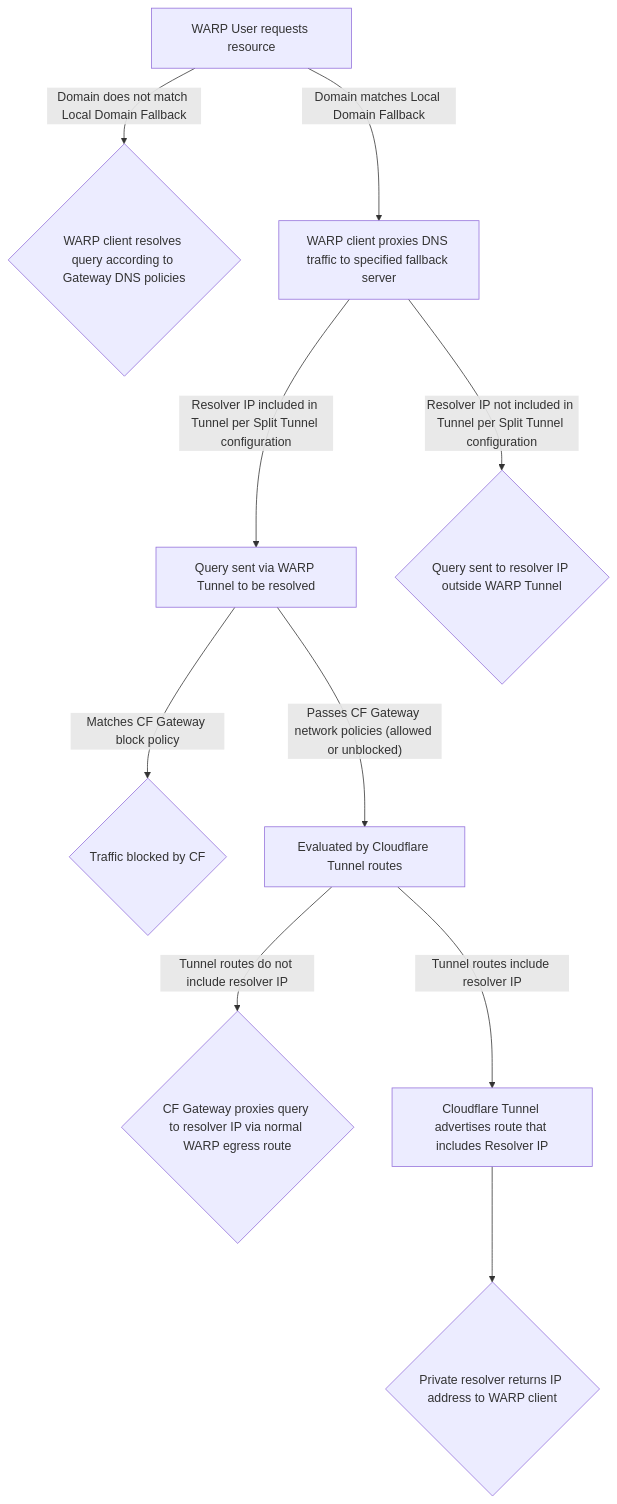
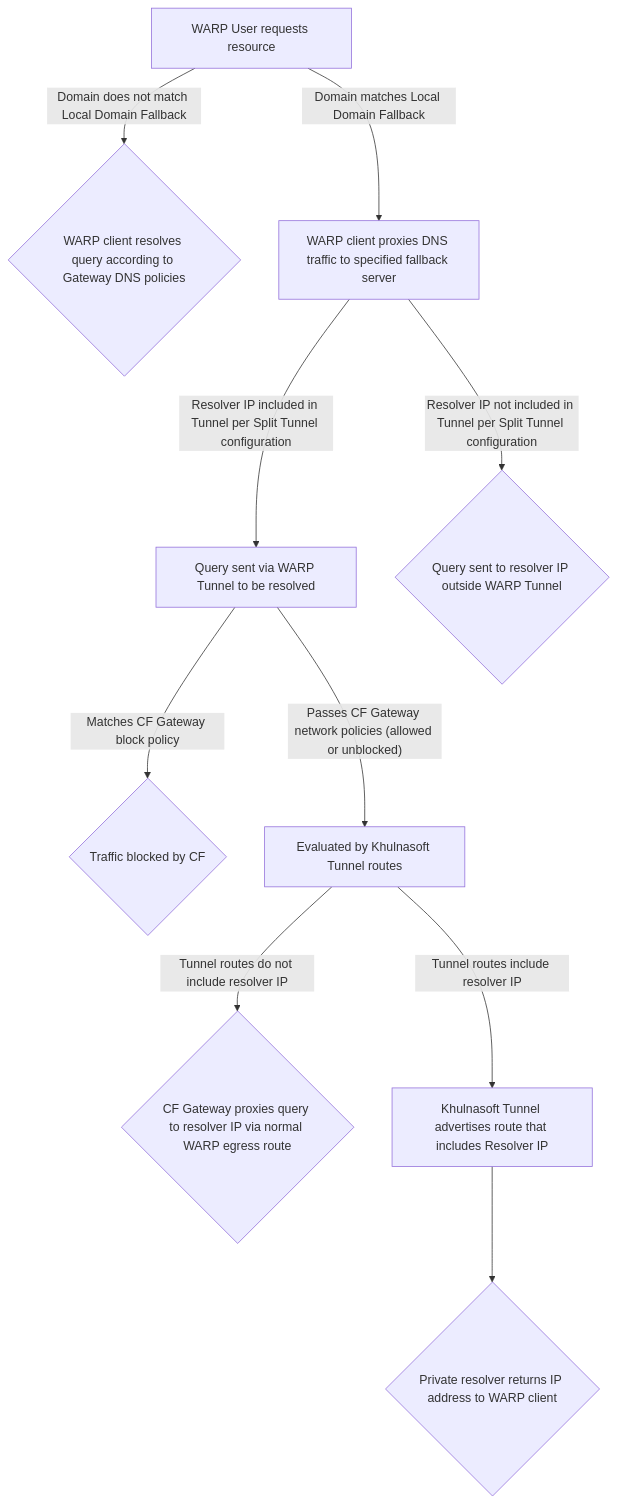
Before and after one commit to NxPKG/khulnasoft-docs: the diagram in content/cloudflare-one/connections/connect-devices/warp/configure-warp/route-traffic/_index.md, drawn with Mermaid. The commit also changed other lines of this file and 2914 other files, not shown here.

````diff
--- a/content/cloudflare-one/connections/connect-devices/warp/configure-warp/route-traffic/_index.md
+++ b/content/cloudflare-one/connections/connect-devices/warp/configure-warp/route-traffic/_index.md
@@ -35,13 +35,13 @@
 ```mermaid
 flowchart TD
-accTitle: WARP traffic is evaluated and routed through various parts of the Cloudflare network
+accTitle: WARP traffic is evaluated and routed through various parts of the Khulnasoft network
 A[WARP User requests resource] -- Domain does not match Local Domain Fallback --> C{WARP client resolves query according to Gateway DNS policies}
 A -- Domain matches Local Domain Fallback --> D[WARP client proxies DNS traffic to specified fallback server]
 D -- Resolver IP included in Tunnel per Split Tunnel configuration --> E[Query sent via WARP Tunnel to be resolved]
 D -- Resolver IP not included in Tunnel per Split Tunnel configuration --> F{Query sent to resolver IP outside WARP Tunnel} 
 E -- Matches CF Gateway block policy --> G{Traffic blocked by CF}
-E -- "Passes CF Gateway network policies (allowed or unblocked)" --> H[Evaluated by Cloudflare Tunnel routes]
+E -- "Passes CF Gateway network policies (allowed or unblocked)" --> H[Evaluated by Khulnasoft Tunnel routes]
 H -- Tunnel routes do not include resolver IP --> I{CF Gateway proxies query to resolver IP via normal WARP egress route}
-H -- Tunnel routes include resolver IP --> J[Cloudflare Tunnel advertises route that includes Resolver IP]
+H -- Tunnel routes include resolver IP --> J[Khulnasoft Tunnel advertises route that includes Resolver IP]
 J --> L{Private resolver returns IP address to WARP client}
 ```
````
